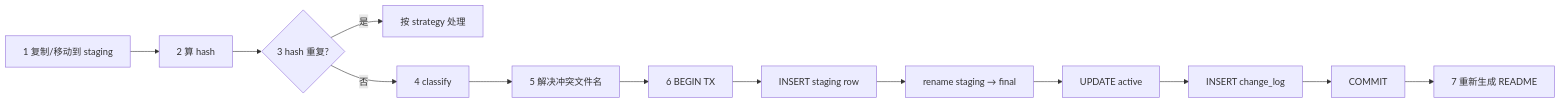
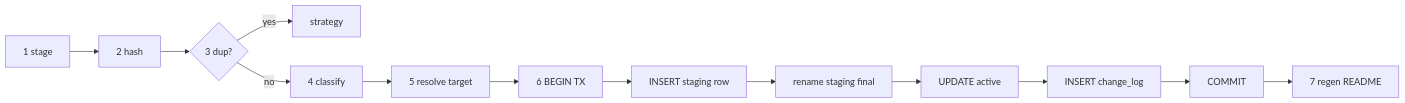
The diagram in docs/modules/storage.md (AreaSong/AreaMatrix), drawn with Mermaid before and after one commit. The commit also changed other lines of this file and 18 other files, not shown here.

````diff
--- a/docs/modules/storage.md
+++ b/docs/modules/storage.md
@@ -49,15 +61,15 @@
 ```mermaid
 flowchart LR
-    A[1 复制/移动到 staging] --> B[2 算 hash]
-    B --> C{3 hash 重复?}
-    C -->|是| D[按 strategy 处理]
-    C -->|否| E[4 classify]
-    E --> F[5 解决冲突文件名]
+    A[1 stage] --> B[2 hash]
+    B --> C{3 dup?}
+    C -->|yes| D[strategy]
+    C -->|no| E[4 classify]
+    E --> F[5 resolve target]
     F --> G[6 BEGIN TX]
     G --> H[INSERT staging row]
-    H --> I[rename staging → final]
+    H --> I[rename staging final]
     I --> J[UPDATE active]
     J --> K[INSERT change_log]
     K --> L[COMMIT]
-    L --> M[7 重新生成 README]
+    L --> M[7 regen README]
 ```
````
